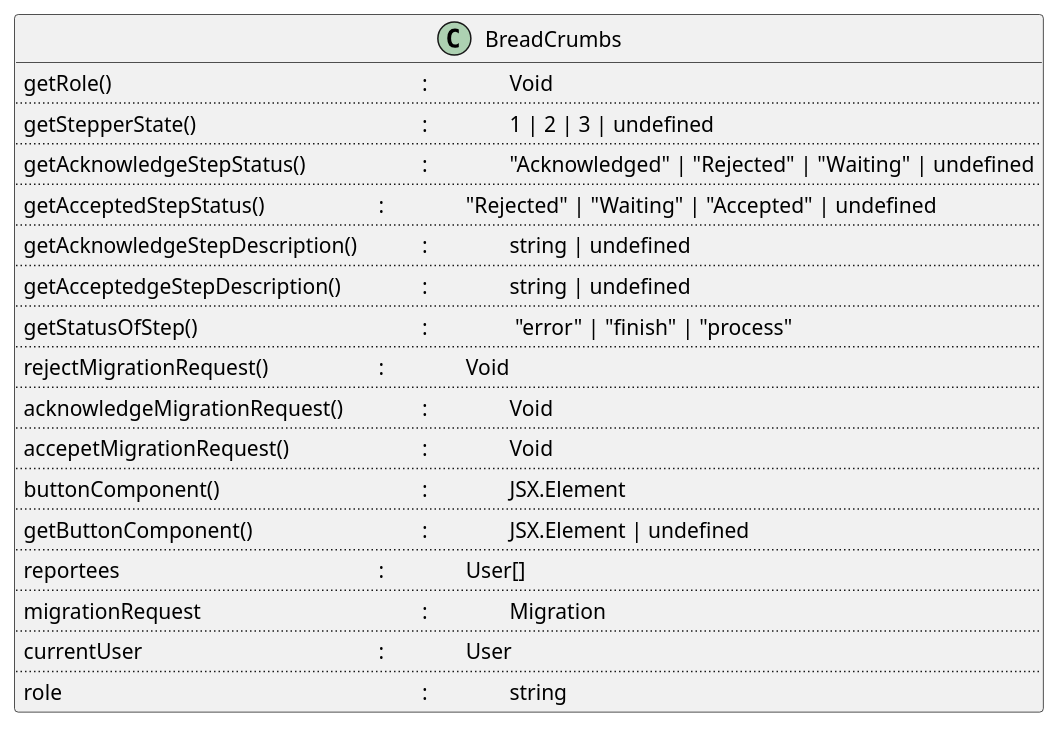
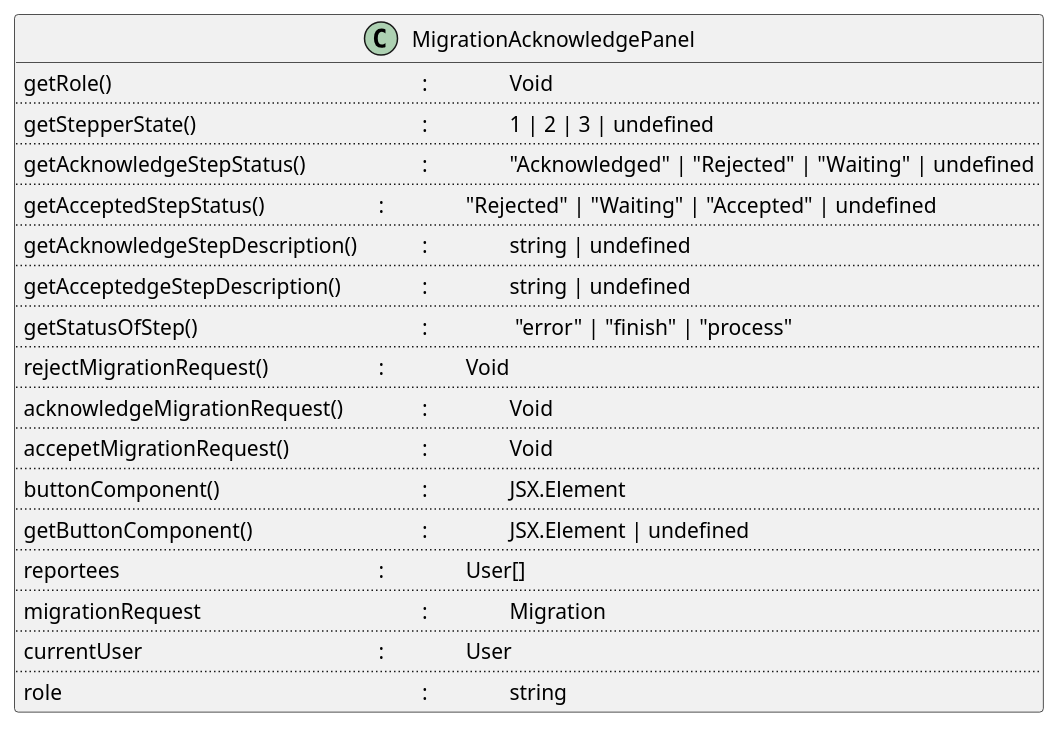
The diagram in frontend/components/migration_acknowledge_panel/migration_acknowledge_panel.class.puml (avasoft-mobility/workday-design), drawn with PlantUML before and after one commit. The commit also changed 8 other files, not shown here.

```diff
--- a/frontend/components/migration_acknowledge_panel/migration_acknowledge_panel.class.puml
+++ b/frontend/components/migration_acknowledge_panel/migration_acknowledge_panel.class.puml
@@ -1,37 +1,37 @@
-@startuml BasicChip class diagram
+@startuml MigrationAcknowledgePanel class diagram
 
-class BreadCrumbs {
+class MigrationAcknowledgePanel {
   getRole() \t\t\t\t\t\t\t : \t\t Void
   ..
   getStepperState() \t\t\t\t\t : \t\t 1 | 2 | 3 | undefined
   ..
   getAcknowledgeStepStatus() \t\t\t : \t\t "Acknowledged" | "Rejected" | "Waiting" | undefined
   ..
   getAcceptedStepStatus() \t\t\t : \t\t "Rejected" | "Waiting" | "Accepted" | undefined
   ..
   getAcknowledgeStepDescription() \t\t : \t\t string | undefined
   ..
   getAcceptedgeStepDescription() \t\t : \t\t string | undefined
   ..
   getStatusOfStep() \t\t\t\t\t : \t\t  "error" | "finish" | "process"
   ..
   rejectMigrationRequest() \t\t\t : \t\t Void
   ..
   acknowledgeMigrationRequest() \t\t : \t\t Void
   ..
   accepetMigrationRequest() \t\t\t : \t\t Void
   ..
   buttonComponent() \t\t\t\t\t : \t\t JSX.Element
   ..
   getButtonComponent() \t\t\t\t : \t\t JSX.Element | undefined
   ..
   reportees  \t\t\t\t\t\t : \t\t User[]
   ..
   migrationRequest \t\t\t\t\t : \t\t Migration
   ..
   currentUser \t\t\t\t\t\t : \t\t User
   ..
   role \t\t\t\t\t\t\t\t : \t\t string
 }
 
 @enduml
```
